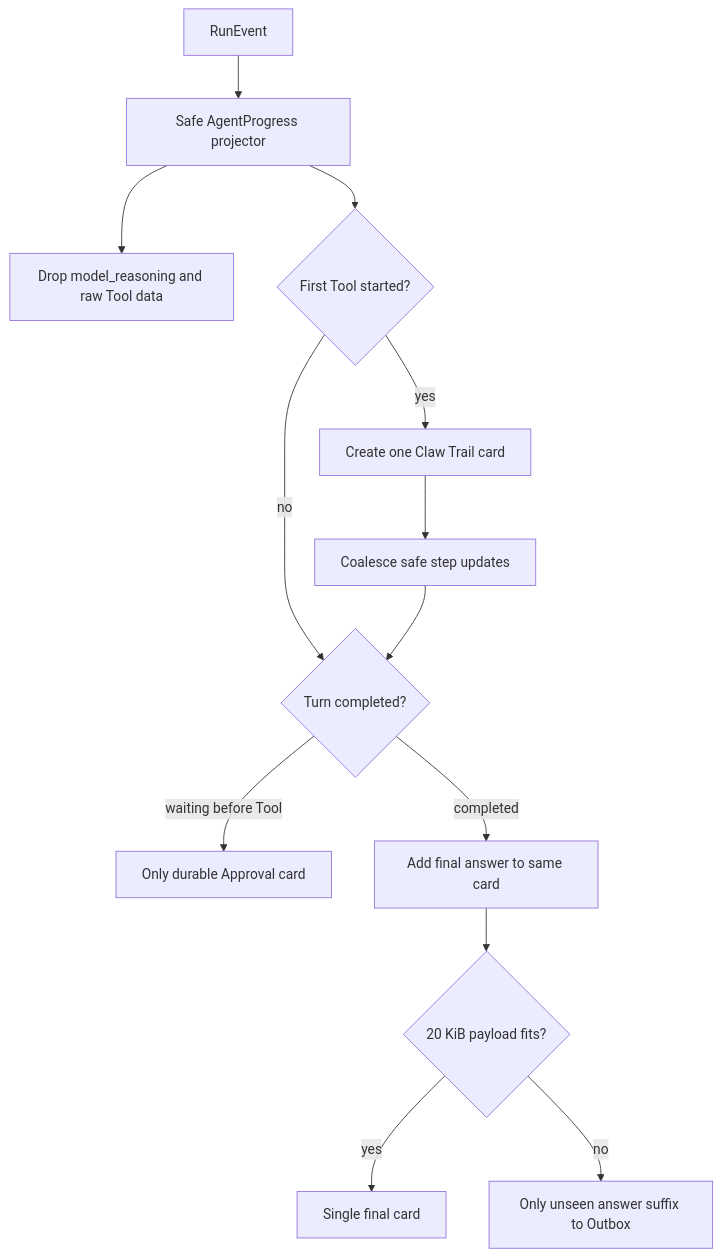
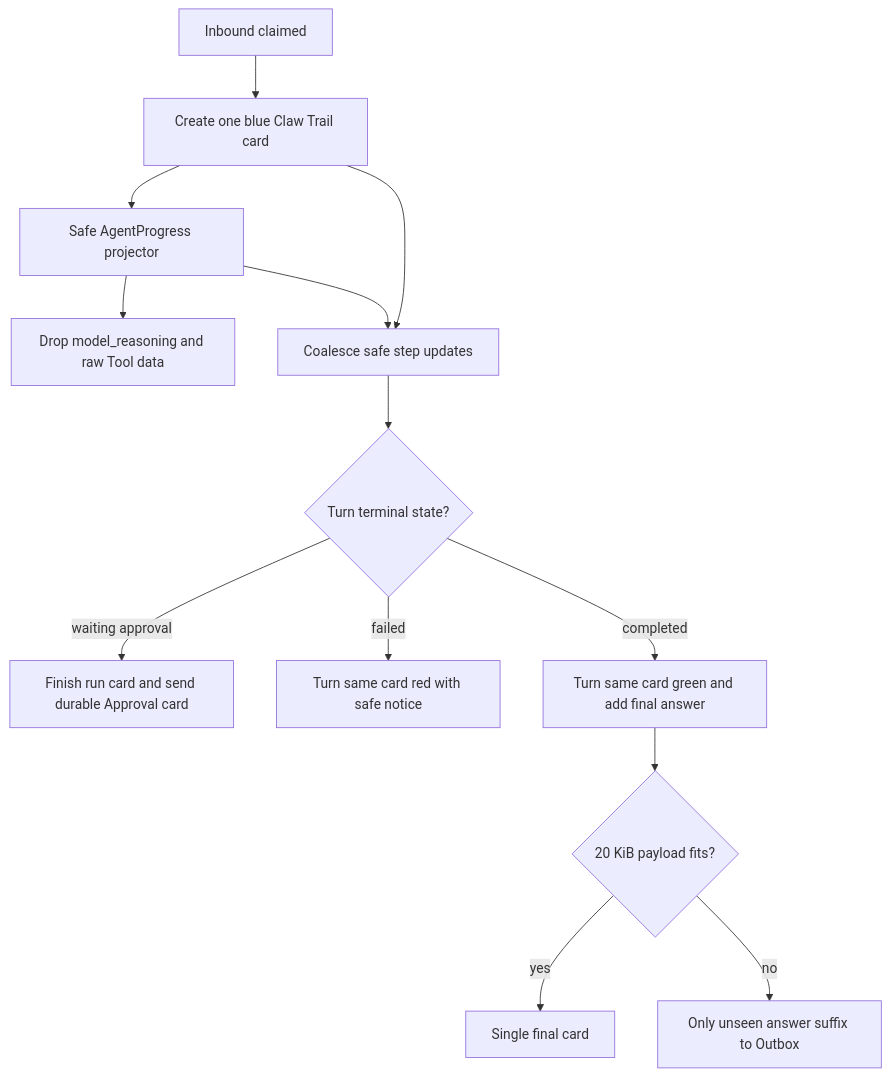
One commit to NEDONION/lobster0 changed the third of 4 diagrams in docs/engineering/phase-5/20260809_feishu-single-card-and-lark-cli.md. Above: the diagram before and after it, drawn with Mermaid. The commit also changed other lines of this file and 6 other files, not shown here.

````diff
--- a/docs/engineering/phase-5/20260809_feishu-single-card-and-lark-cli.md
+++ b/docs/engineering/phase-5/20260809_feishu-single-card-and-lark-cli.md
@@ -91,15 +93,15 @@
 ```mermaid
 flowchart TD
-    EVENT["RunEvent"] --> PROJECT["Safe AgentProgress projector"]
+    EVENT["Inbound claimed"] --> CREATE["Create one blue Claw Trail card"]
+    CREATE --> PROJECT["Safe AgentProgress projector"]
     PROJECT --> REASON["Drop model_reasoning and raw Tool data"]
-    PROJECT --> START{"First Tool started?"}
-    START -->|yes| CREATE["Create one Claw Trail card"]
-    START -->|no| RESULT{"Turn completed?"}
     CREATE --> UPDATE["Coalesce safe step updates"]
-    UPDATE --> RESULT
-    RESULT -->|waiting before Tool| APPROVAL["Only durable Approval card"]
-    RESULT -->|completed| FINAL["Add final answer to same card"]
+    PROJECT --> UPDATE
+    UPDATE --> RESULT{"Turn terminal state?"}
+    RESULT -->|waiting approval| APPROVAL["Finish run card and send durable Approval card"]
+    RESULT -->|failed| FAILED["Turn same card red with safe notice"]
+    RESULT -->|completed| FINAL["Turn same card green and add final answer"]
     FINAL --> FIT{"20 KiB payload fits?"}
     FIT -->|yes| CARD["Single final card"]
     FIT -->|no| TAIL["Only unseen answer suffix to Outbox"]
 ```
````
